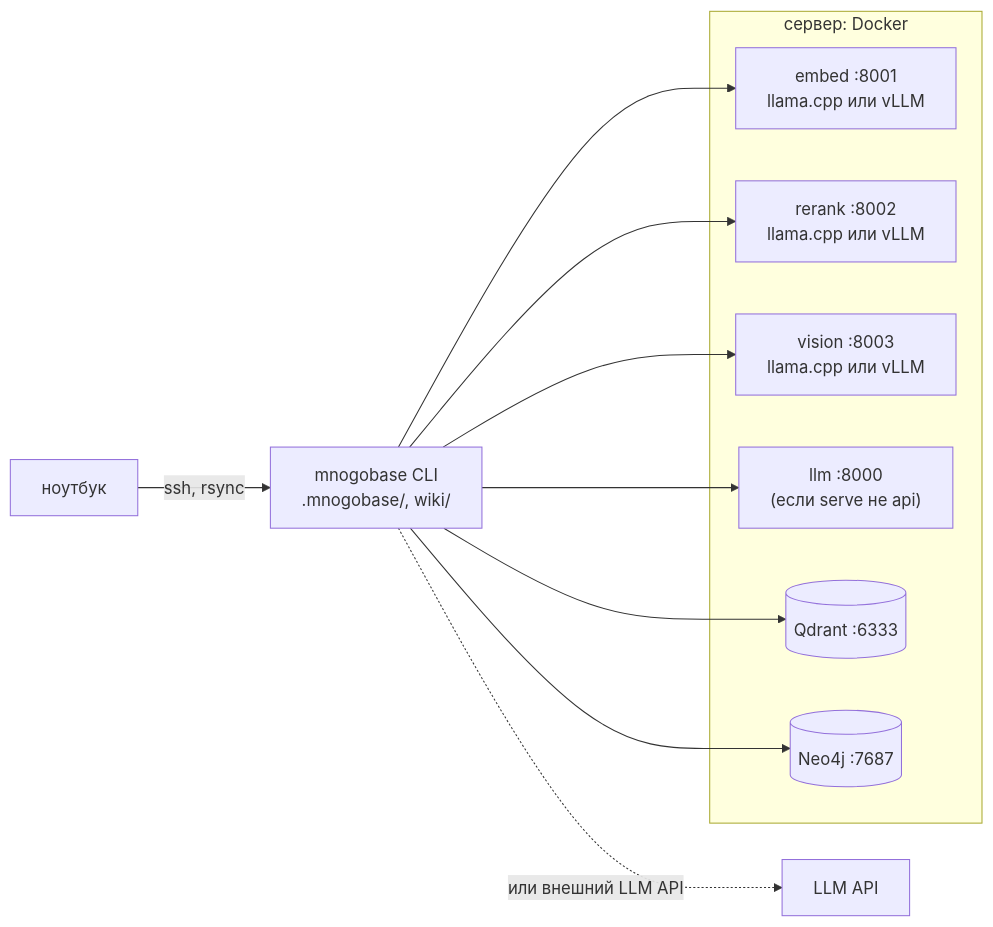
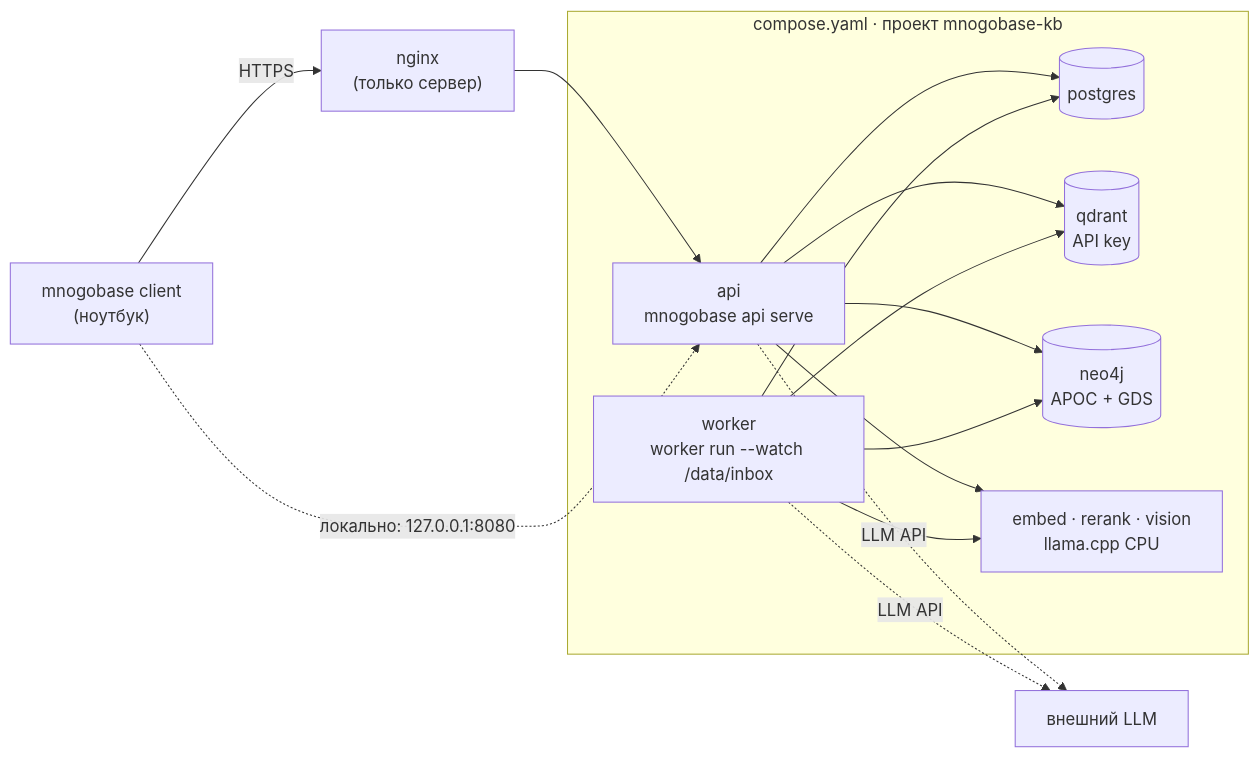
One commit to 000p1umDiesel/Atlas changed diagram 11 of 13 in README.md. Above: the diagram before and after it, drawn with Mermaid. The commit also changed other lines of this file, not shown here.

First line of the commit message:
docs: README for the single-owner deployment and one compose file

````diff
--- a/README.md
+++ b/README.md
@@ -1842,15 +1884,17 @@
 ```mermaid
 flowchart LR
-    LAP["ноутбук"] -- "ssh, rsync" --> CLI["mnogobase CLI<br/>.mnogobase/, wiki/"]
-    subgraph SRV["сервер: Docker"]
-        EMB["embed :8001<br/>llama.cpp или vLLM"]
-        RR["rerank :8002<br/>llama.cpp или vLLM"]
-        VL["vision :8003<br/>llama.cpp или vLLM"]
-        LLM["llm :8000<br/>(если serve не api)"]
-        QD[("Qdrant :6333")]
-        NEO[("Neo4j :7687")]
+    CLIENT["mnogobase client<br/>(ноутбук)"] -- "HTTPS" --> NGINX["nginx<br/>(только сервер)"]
+    NGINX --> API
+    CLIENT -. "локально: 127.0.0.1:8080" .-> API
+    subgraph STACK["compose.yaml · проект mnogobase-kb"]
+        API["api<br/>mnogobase api serve"]
+        WORKER["worker<br/>worker run --watch /data/inbox"]
+        PG[("postgres")]
+        QD[("qdrant<br/>API key")]
+        NEO[("neo4j<br/>APOC + GDS")]
+        MODELS["embed · rerank · vision<br/>llama.cpp CPU"]
     end
-    CLI --> EMB & RR & VL & QD & NEO
-    CLI --> LLM
-    CLI -. "или внешний LLM API" .-> API["LLM API"]
+    API --> PG & QD & NEO & MODELS
+    WORKER --> PG & QD & NEO & MODELS
+    API & WORKER -. "LLM API" .-> LLM["внешний LLM"]
 ```
````
